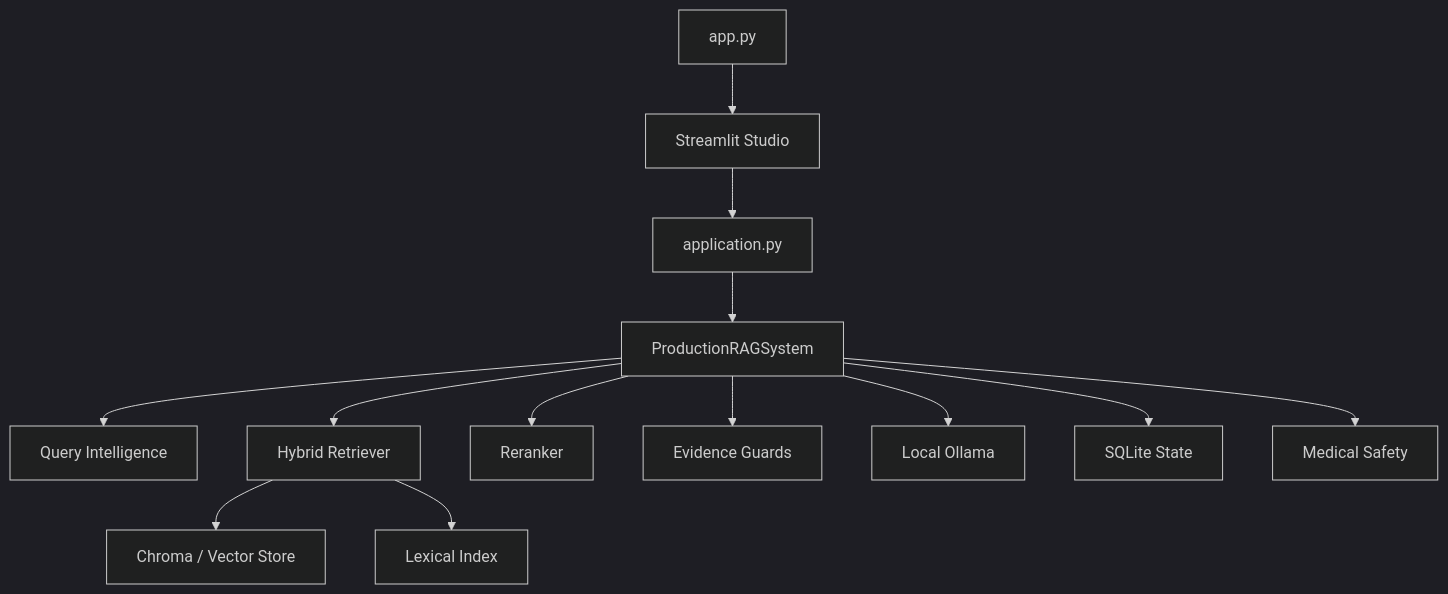
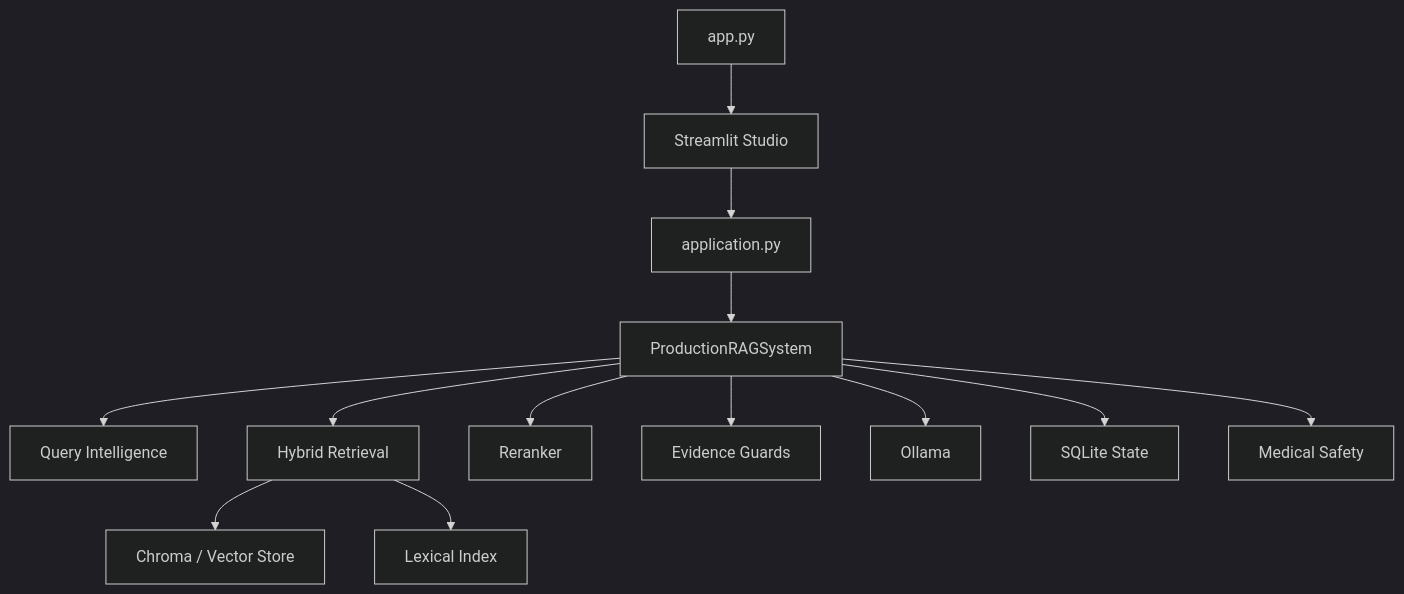
One commit to mohanedpfe-rgb/mohaned_rag_med changed the diagram in README.md. Above: the diagram before and after it, drawn with Mermaid (dark theme). The commit also changed other lines of this file, not shown here.

````diff
--- a/README.md
+++ b/README.md
@@ -424,15 +388,15 @@
 ```mermaid
 graph TD
     A[app.py] --> B[Streamlit Studio]
     B --> C[application.py]
     C --> D[ProductionRAGSystem]
     D --> E[Query Intelligence]
-    D --> F[Hybrid Retriever]
+    D --> F[Hybrid Retrieval]
     F --> G[Chroma / Vector Store]
     F --> H[Lexical Index]
     D --> I[Reranker]
     D --> J[Evidence Guards]
-    D --> K[Local Ollama]
+    D --> K[Ollama]
     D --> L[SQLite State]
     D --> M[Medical Safety]
 ```
````
